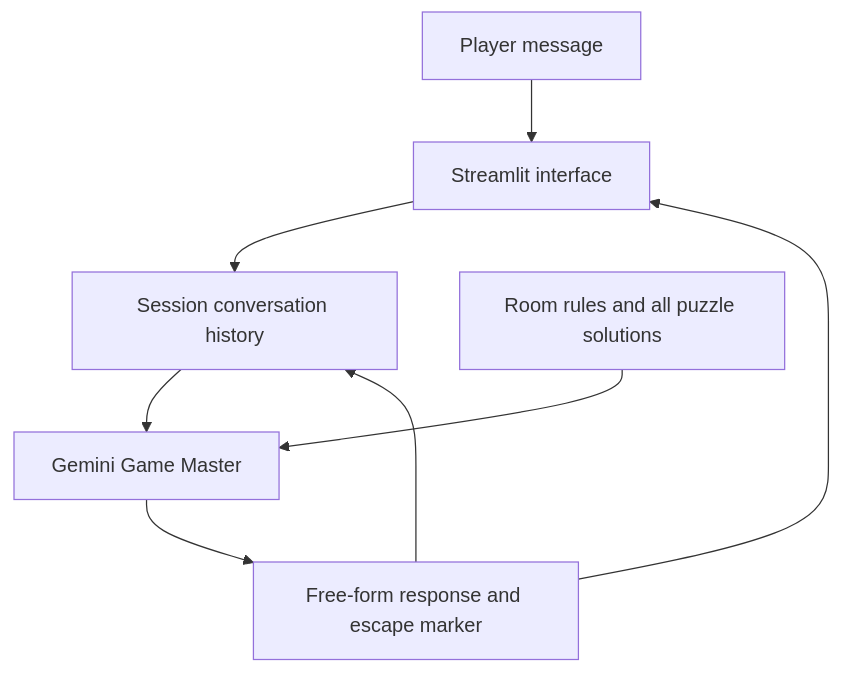
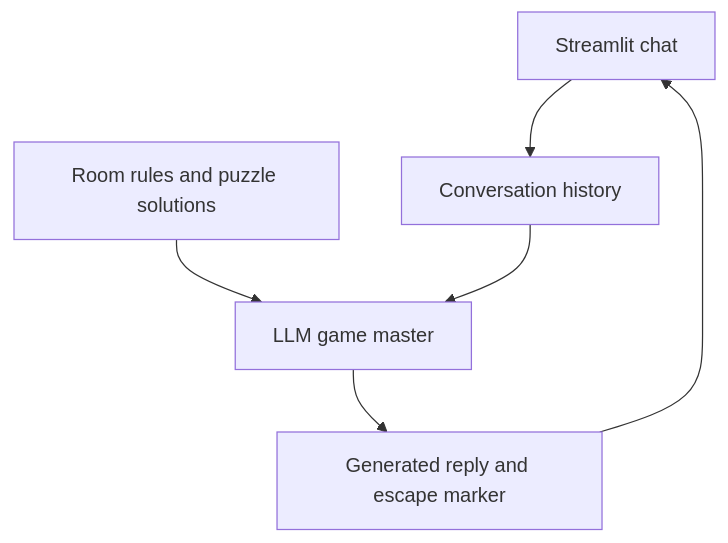
One commit to AlokKevadiya/AI-Escape-Room changed the first of 2 diagrams in docs/ARCHITECTURE.md. Above: the diagram before and after it, drawn with Mermaid. The commit also changed other lines of this file and 14 other files, not shown here.

Commit message:
Finalize assignment documentation, architecture diagrams and evidence-based report

````diff
--- a/docs/ARCHITECTURE.md
+++ b/docs/ARCHITECTURE.md
@@ -5,10 +7,8 @@
 ```mermaid
 flowchart TD
-    U[Player message] --> UI[Streamlit interface]
-    UI --> H[Session conversation history]
-    H --> L[Gemini Game Master]
-    R[Room rules and all puzzle solutions] --> L
-    L --> O[Free-form response and escape marker]
-    O --> UI
-    O --> H
+    UI[Streamlit chat] --> History[Conversation history]
+    Rules[Room rules and puzzle solutions] --> LLM[LLM game master]
+    History --> LLM
+    LLM --> Reply[Generated reply and escape marker]
+    Reply --> UI
 ```
````
